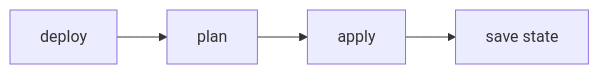
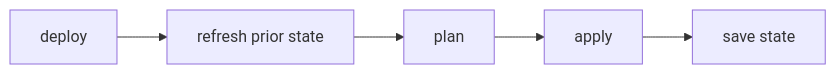
One commit to AltairaLabs/promptarena changed the diagram in docs/src/content/docs/arena/explanation/deploy/state-management.md. Above: the diagram before and after it, drawn with Mermaid. The commit also changed other lines of this file and 17 other files, not shown here.

````diff
--- a/docs/src/content/docs/arena/explanation/deploy/state-management.md
+++ b/docs/src/content/docs/arena/explanation/deploy/state-management.md
@@ -68,6 +87,7 @@
 ```mermaid
 flowchart LR
-    deploy["deploy"] --> plan["plan"]
+    deploy["deploy"] --> refresh["refresh prior state"]
+    refresh --> plan["plan"]
     plan --> apply["apply"]
     apply --> save["save state"]
 ```
````
